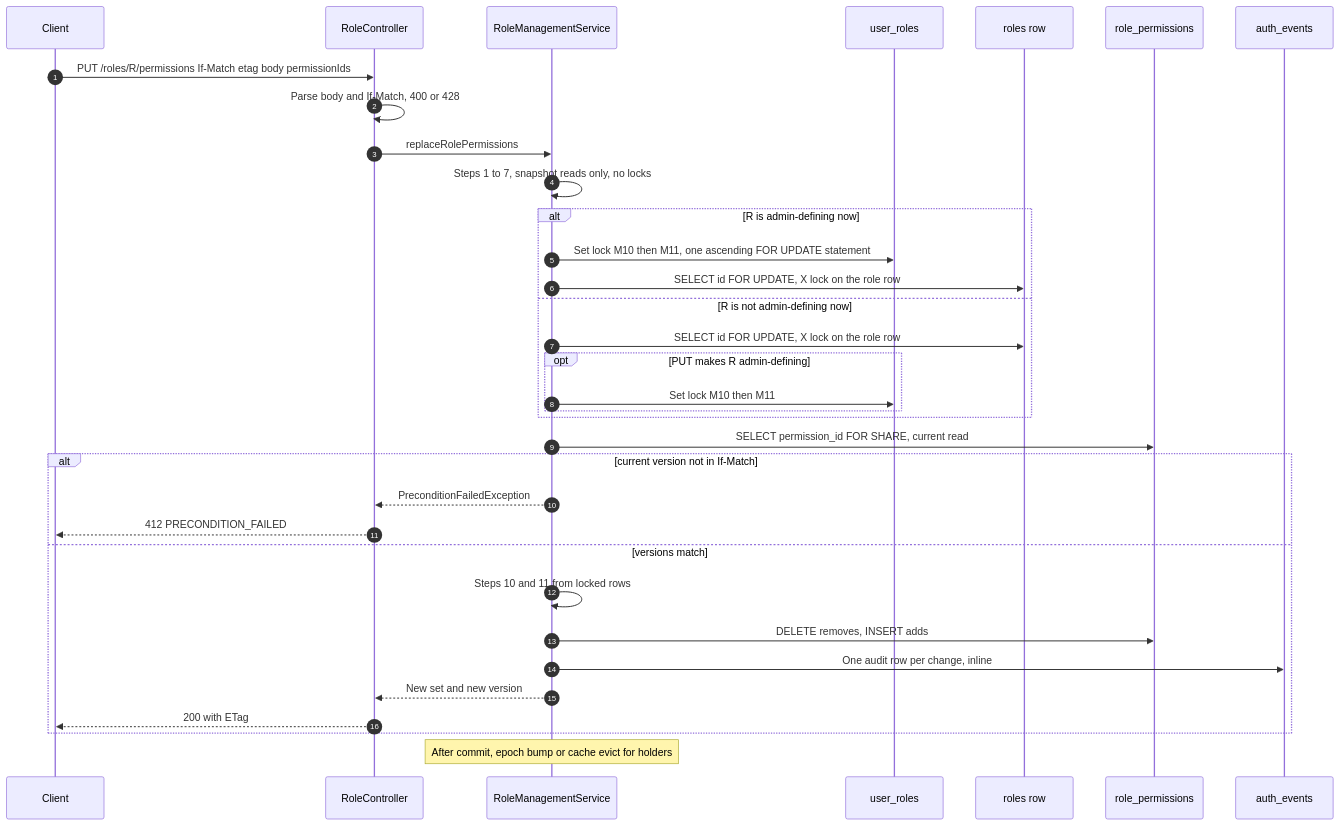
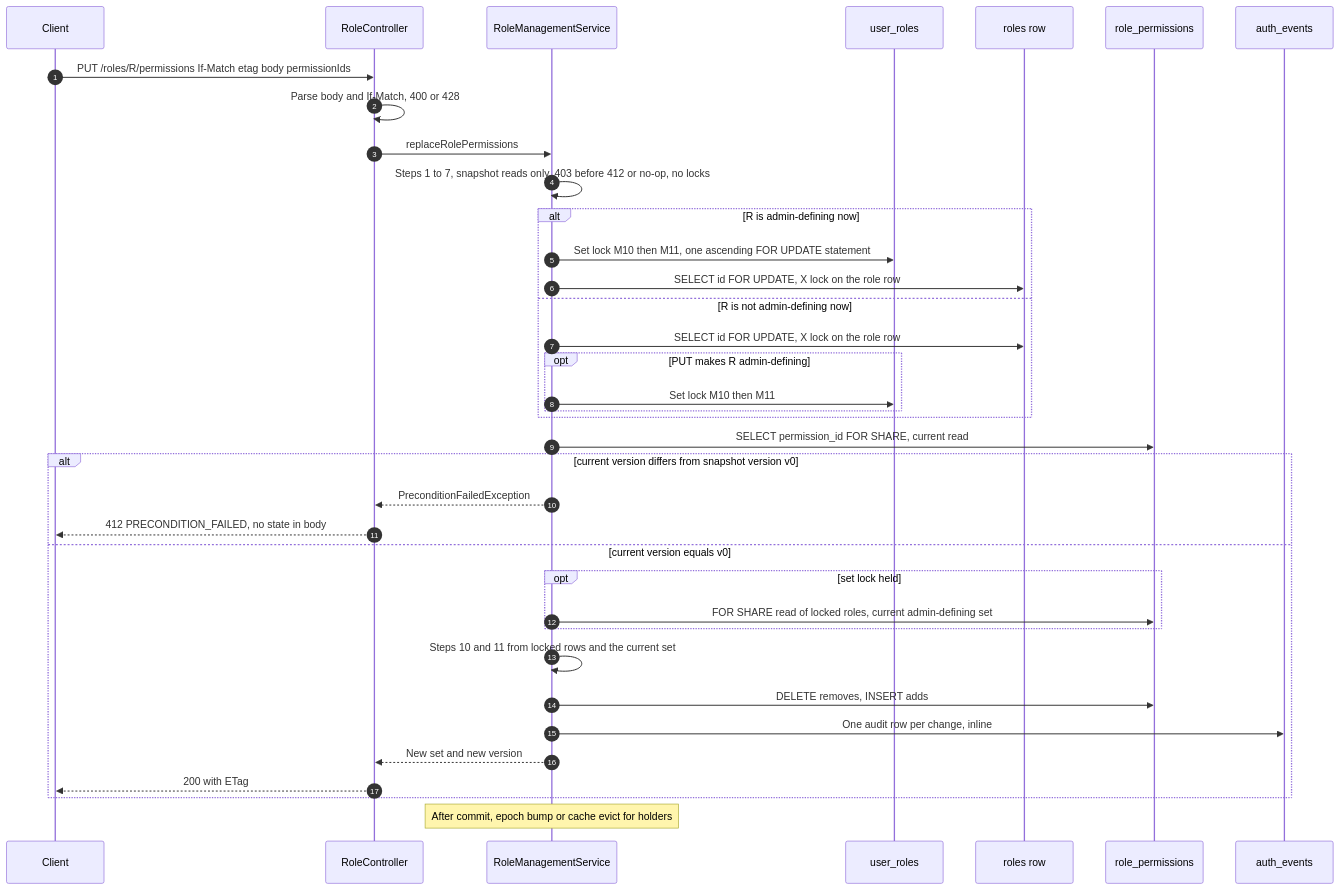
Before and after one commit to Md-Nisar/nexus: the fifth of 6 diagrams in docs/features/US-019/03-design.md, drawn with Mermaid. The commit also changed other lines of this file and 3 other files, not shown here.

````diff
--- a/docs/features/US-019/03-design.md
+++ b/docs/features/US-019/03-design.md
@@ -662,36 +713,39 @@
 ```mermaid
 sequenceDiagram
     autonumber
     participant C as Client
     participant RC as RoleController
     participant S as RoleManagementService
     participant UR as user_roles
     participant R as roles row
     participant RP as role_permissions
     participant AU as auth_events
     C->>RC: PUT /roles/R/permissions If-Match etag body permissionIds
     RC->>RC: Parse body and If-Match, 400 or 428
     RC->>S: replaceRolePermissions
-    S->>S: Steps 1 to 7, snapshot reads only, no locks
+    S->>S: Steps 1 to 7, snapshot reads only, 403 before 412 or no-op, no locks
     alt R is admin-defining now
         S->>UR: Set lock M10 then M11, one ascending FOR UPDATE statement
         S->>R: SELECT id FOR UPDATE, X lock on the role row
     else R is not admin-defining now
         S->>R: SELECT id FOR UPDATE, X lock on the role row
         opt PUT makes R admin-defining
             S->>UR: Set lock M10 then M11
         end
     end
     S->>RP: SELECT permission_id FOR SHARE, current read
-    alt current version not in If-Match
+    alt current version differs from snapshot version v0
         S-->>RC: PreconditionFailedException
-        RC-->>C: 412 PRECONDITION_FAILED
-    else versions match
-        S->>S: Steps 10 and 11 from locked rows
+        RC-->>C: 412 PRECONDITION_FAILED, no state in body
+    else current version equals v0
+        opt set lock held
+            S->>RP: FOR SHARE read of locked roles, current admin-defining set
+        end
+        S->>S: Steps 10 and 11 from locked rows and the current set
         S->>RP: DELETE removes, INSERT adds
         S->>AU: One audit row per change, inline
         S-->>RC: New set and new version
         RC-->>C: 200 with ETag
     end
     Note over S: After commit, epoch bump or cache evict for holders
 ```
````
